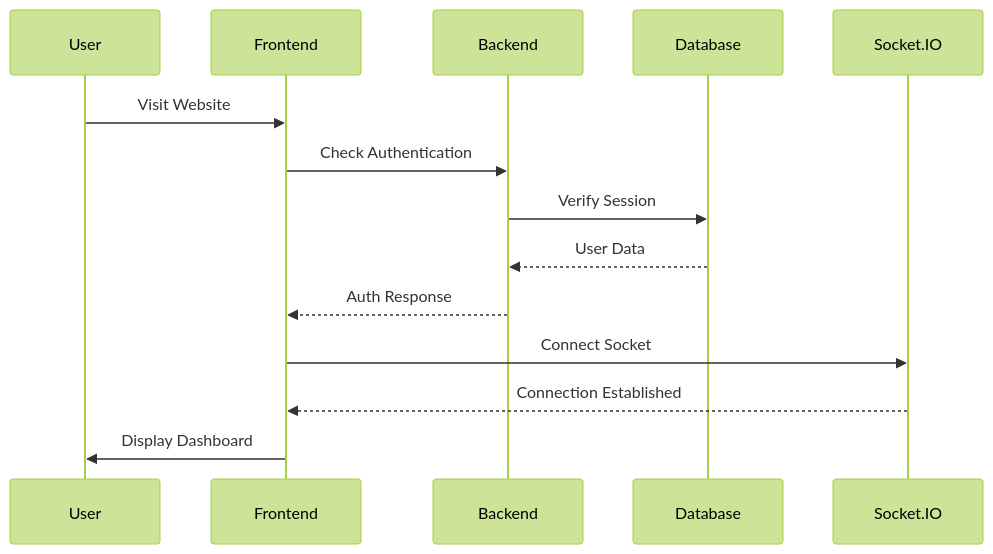
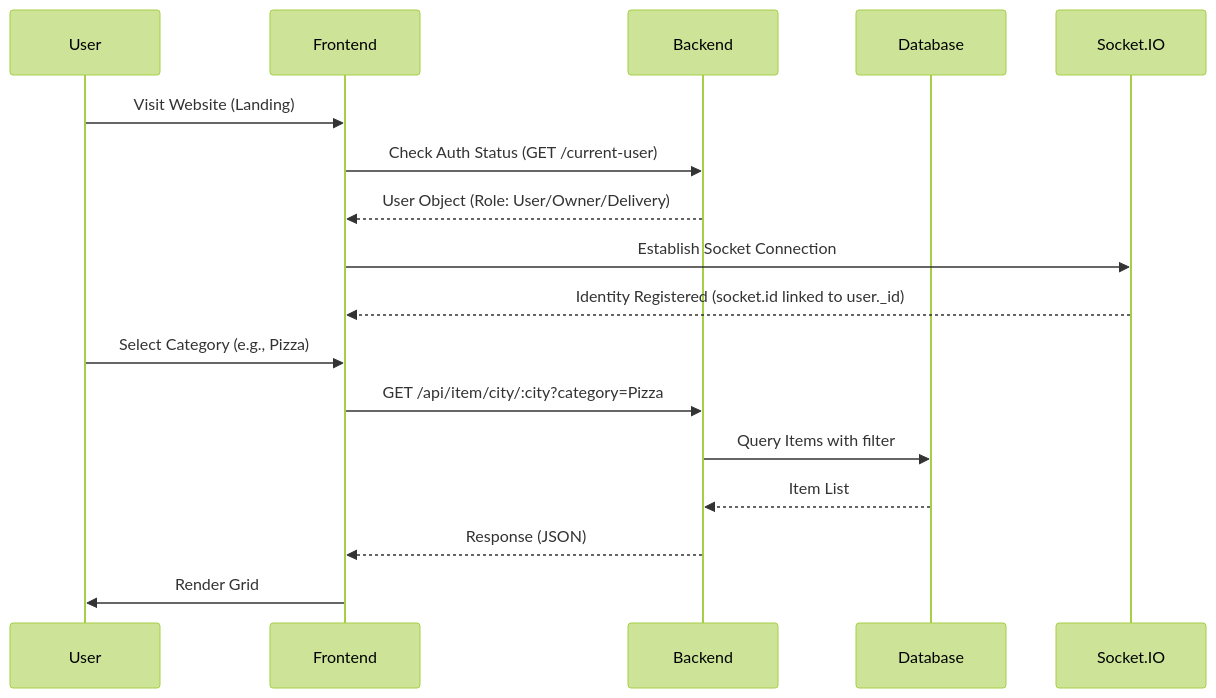
Before and after one commit to adarsh-priydarshi-5646/Food-Delivery-Full-Stack-App: the third of 7 diagrams in frontend/public/docs/technical-documentation.md, drawn with Mermaid (forest theme). The commit also changed other lines of this file and 2 other files, not shown here.

````diff
--- a/frontend/public/docs/technical-documentation.md
+++ b/frontend/public/docs/technical-documentation.md
@@ -87,17 +99,20 @@
 ```mermaid
 sequenceDiagram
     participant U as User
     participant F as Frontend
     participant B as Backend
     participant DB as Database
     participant S as Socket.IO
     
-    U->>F: Visit Website
-    F->>B: Check Authentication
-    B->>DB: Verify Session
-    DB-->>B: User Data
-    B-->>F: Auth Response
-    F->>S: Connect Socket
-    S-->>F: Connection Established
-    F->>U: Display Dashboard
+    U->>F: Visit Website (Landing)
+    F->>B: Check Auth Status (GET /current-user)
+    B-->>F: User Object (Role: User/Owner/Delivery)
+    F->>S: Establish Socket Connection
+    S-->>F: Identity Registered (socket.id linked to user._id)
+    U->>F: Select Category (e.g., Pizza)
+    F->>B: GET /api/item/city/:city?category=Pizza
+    B->>DB: Query Items with filter
+    DB-->>B: Item List
+    B-->>F: Response (JSON)
+    F->>U: Render Grid
 ```
````
